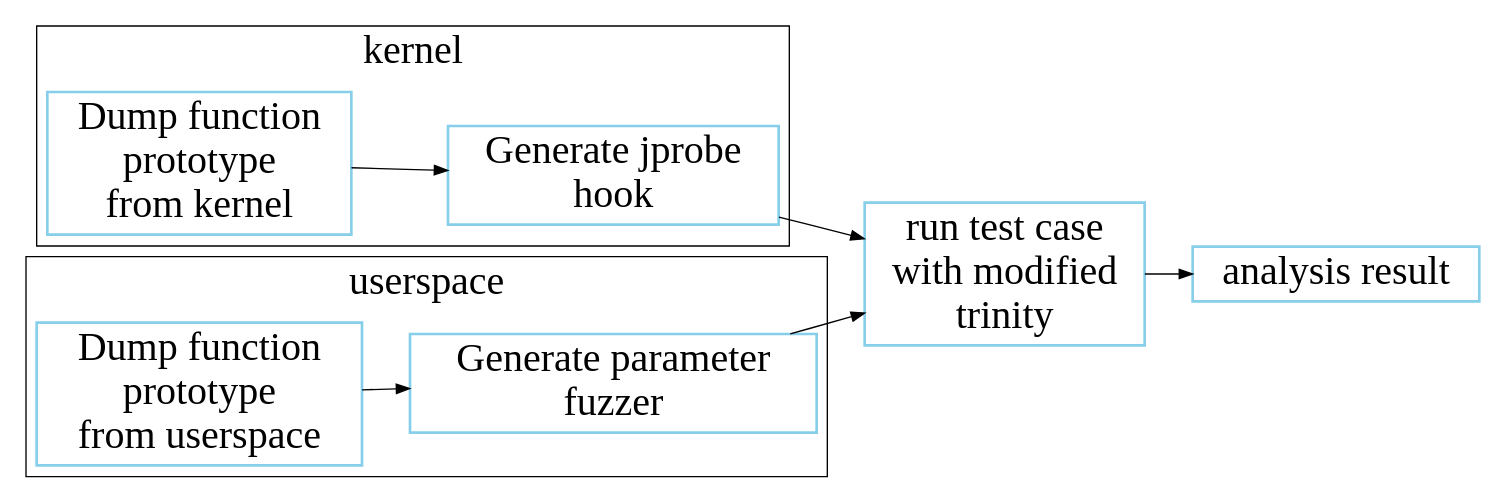
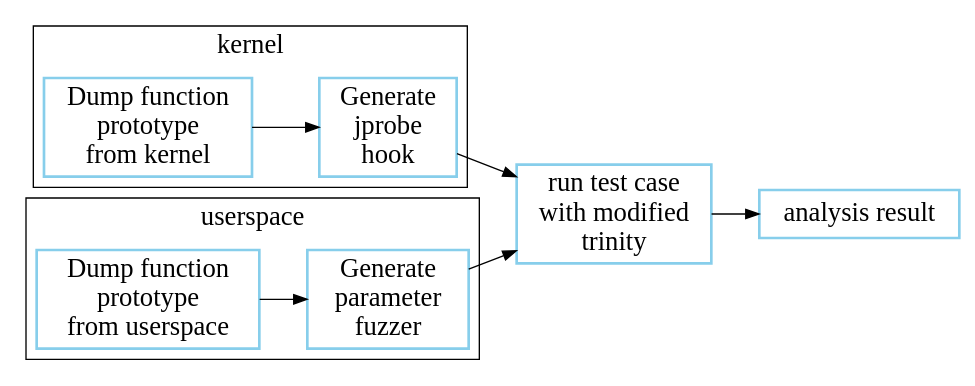
The diagram in public/images/syscall_unit_test/syscall_unit_test_diagram.dot (bjzhang/bjzhang.github.io), drawn with Graphviz before and after one commit. The commit also changed 6 other files, not shown here.

```diff
--- a/public/images/syscall_unit_test/syscall_unit_test_diagram.dot
+++ b/public/images/syscall_unit_test/syscall_unit_test_diagram.dot
@@ -1,32 +1,32 @@
 //dot -Tjpeg a.dot -o a.jpeg
 
 digraph syscall_unit_test{
     rankdir = LR;
 //    rankdir = TB;
     fontname = "Microsoft YaHei";
-    fontsize = 30;
+    fontsize = 20;
 
-    node [ fontname = "Microsoft YaHei", fontsize = 30, shape = "record", color="skyblue", style="bold"];
-    edge [ fontname = "Microsoft YaHei", fontsize = 30 ];
+    node [ fontname = "Microsoft YaHei", fontsize = 20, shape = "record", color="skyblue", style="bold"];
+    edge [ fontname = "Microsoft YaHei", fontsize = 20 ];
 
     subgraph cluster__kernel {
         label = "kernel";
         dump_function_prototype_from_kernel [ label = "Dump function\n prototype\n from kernel"];
-        generate_jprobe_hook [ label = "Generate jprobe\n hook" ];
+        generate_jprobe_hook [ label = "Generate\n jprobe\n hook" ];
 
     }
 
     subgraph cluster__userspace {
         label = "userspace";
         dump_function_prototype_from_userspace [ label = "Dump function\n prototype\n from userspace"];
-        generate_parameter_fuzzer [ label = "Generate parameter\n fuzzer"];
+        generate_parameter_fuzzer [ label = "Generate\n parameter\n fuzzer"];
     }
 
     run_test_case_with_modified_trinity [ label = "run test case\nwith modified\n trinity"];
     analysis_result [ label = "analysis result" ];
 
     dump_function_prototype_from_kernel -> generate_jprobe_hook -> run_test_case_with_modified_trinity;
     dump_function_prototype_from_userspace -> generate_parameter_fuzzer -> run_test_case_with_modified_trinity;
 
     run_test_case_with_modified_trinity -> analysis_result;
 }
```
